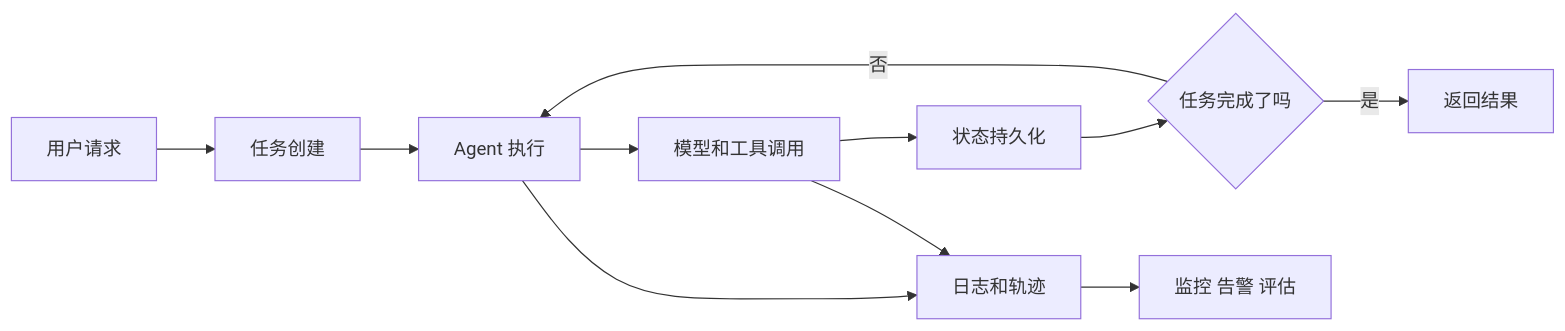
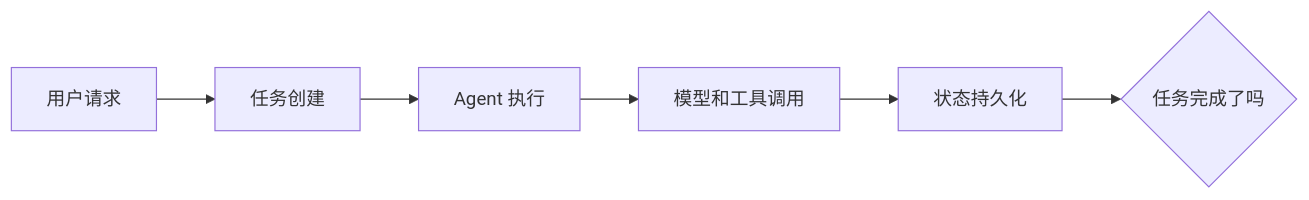
The fourth of 5 diagrams in docs/stage9/ch09-deployment/00-roadmap.md (oudbiao/AI-fullstack-course), drawn with Mermaid before and after one commit. The commit also changed other lines of this file and 139 other files, not shown here.

````diff
--- a/docs/stage9/ch09-deployment/00-roadmap.md
+++ b/docs/stage9/ch09-deployment/00-roadmap.md
@@ -56,13 +62,8 @@
 ```mermaid
 flowchart LR
   A[用户请求] --> B[任务创建]
   B --> C[Agent 执行]
   C --> D[模型和工具调用]
   D --> E[状态持久化]
   E --> F{任务完成了吗}
-  F -- 否 --> C
-  F -- 是 --> G[返回结果]
-  C --> H[日志和轨迹]
-  D --> H
-  H --> I[监控 告警 评估]
 ```
````
